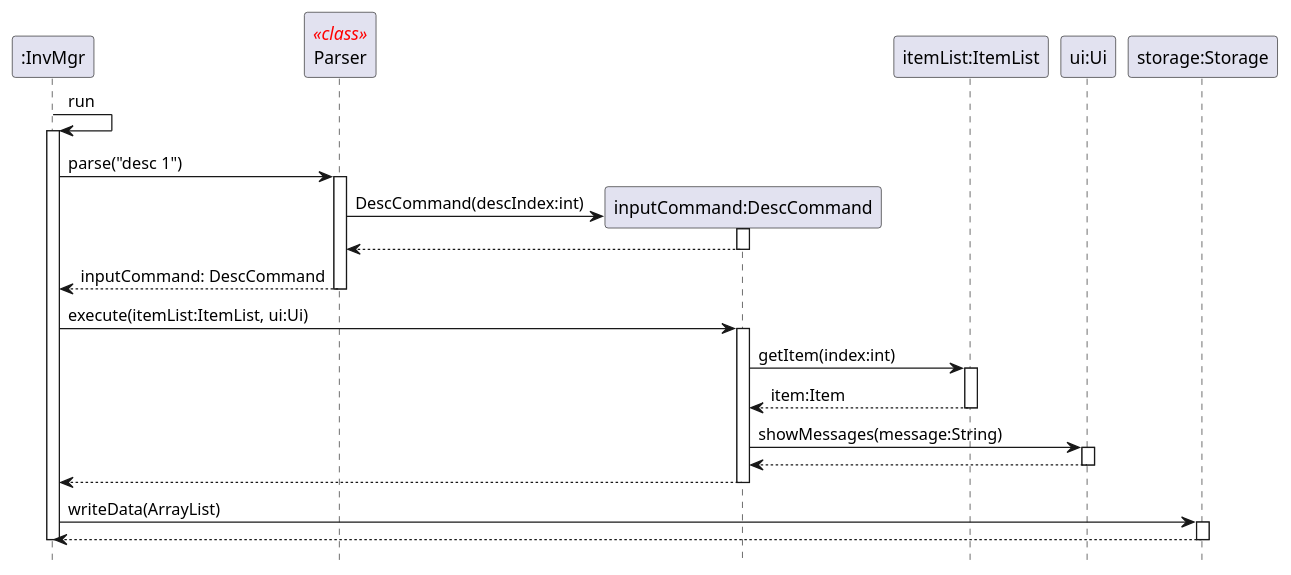
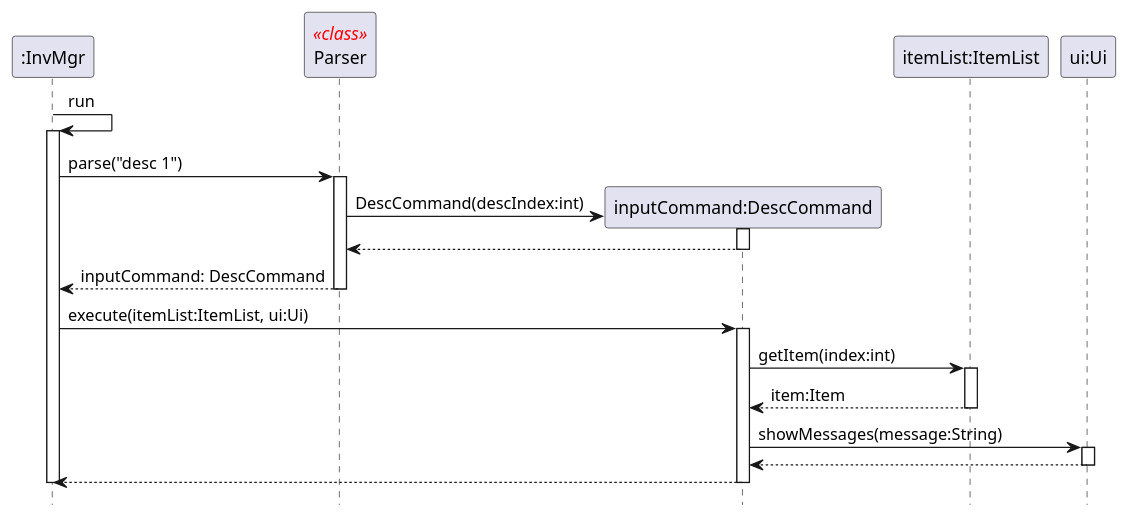
One commit to nus-cs2113-AY2122S2/tp changed the diagram in docs/diagrams/DescCommandSequenceDiagram.puml. Above: the diagram before and after it, drawn with PlantUML. The commit also changed 2 other files, not shown here.

Commit message:
Update DescCommand sequence diagram and DG

```diff
--- a/docs/diagrams/DescCommandSequenceDiagram.puml
+++ b/docs/diagrams/DescCommandSequenceDiagram.puml
@@ -1,41 +1,36 @@
 @startuml
 hide footbox
 skinparam sequenceStereotypeFontColor red
 
 Participant ":InvMgr" as InvMgr
 Participant "Parser" as Parser <<class>>
 Participant "inputCommand:DescCommand" as DescCommand
 Participant "itemList:ItemList" as ItemList
 Participant "ui:Ui" as Ui
-Participant "storage:Storage" as Storage
 
 InvMgr -> InvMgr: run
 activate InvMgr
     InvMgr -> Parser: parse("desc 1")
     activate Parser
         create DescCommand
         Parser -> DescCommand: DescCommand(descIndex:int)
         activate DescCommand
             return
 
         return inputCommand: DescCommand
 
     InvMgr -> DescCommand: execute(itemList:ItemList, ui:Ui)
     activate DescCommand
         DescCommand -> ItemList: getItem(index:int)
         activate ItemList
             return item:Item
 
         DescCommand -> Ui: showMessages(message:String)
         activate Ui
             return
 
         return
 
-    InvMgr -> Storage: writeData(ArrayList)
-    activate Storage
-        return
-
 deactivate InvMgr
 
 @enduml
```
